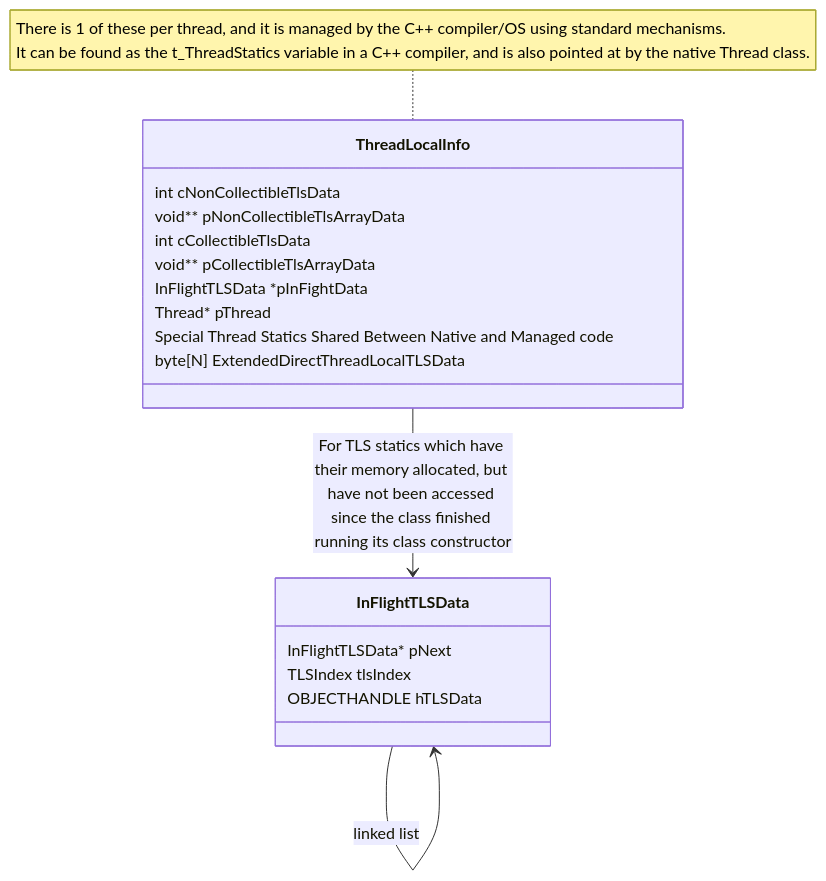
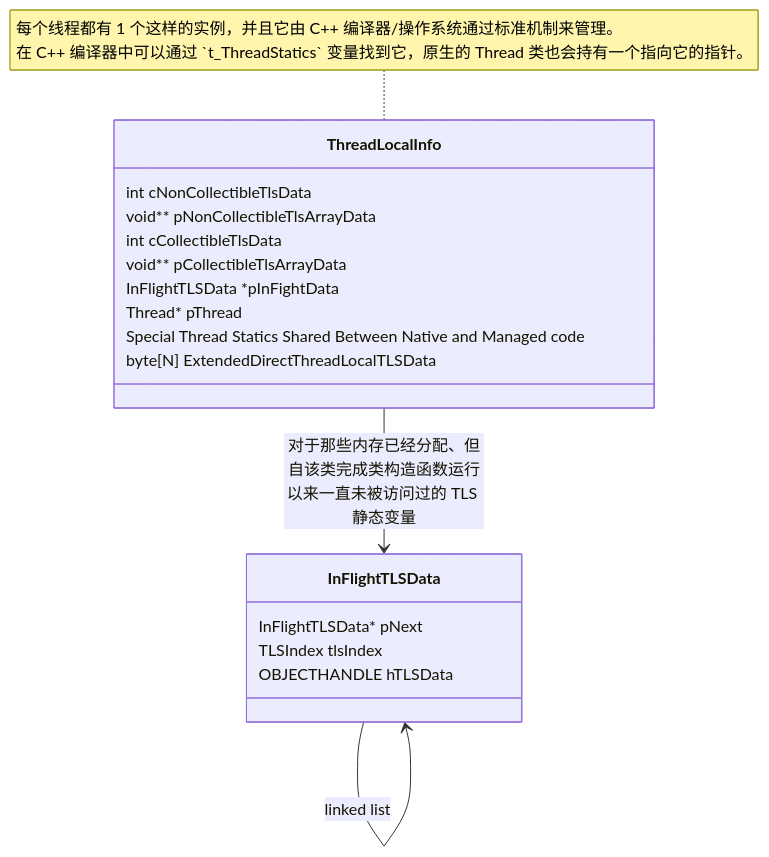
One commit to MarsonShine/Books changed the third of 3 diagrams in DotNet-Runtime-Book/docs/design/coreclr/botr/type-system_cn.md. Above: the diagram before and after it, drawn with Mermaid. The commit also changed other lines of this file and 7 other files, not shown here.

````diff
--- a/DotNet-Runtime-Book/docs/design/coreclr/botr/type-system_cn.md
+++ b/DotNet-Runtime-Book/docs/design/coreclr/botr/type-system_cn.md
@@ -254,21 +242,22 @@
 ```mermaid
 classDiagram
 
-note for ThreadLocalInfo "There is 1 of these per thread, and it is managed by the C++ compiler/OS using standard mechanisms.
-It can be found as the t_ThreadStatics variable in a C++ compiler, and is also pointed at by the native Thread class."
+note for ThreadLocalInfo "每个线程都有 1 个这样的实例，并且它由 C++ 编译器/操作系统通过标准机制来管理。
+在 C++ 编译器中可以通过 `t_ThreadStatics` 变量找到它，原生的 Thread 类也会持有一个指向它的指针。
+"
 ThreadLocalInfo : int cNonCollectibleTlsData
 ThreadLocalInfo : void** pNonCollectibleTlsArrayData
 ThreadLocalInfo : int cCollectibleTlsData
 ThreadLocalInfo : void** pCollectibleTlsArrayData
 ThreadLocalInfo : InFlightTLSData *pInFightData
 ThreadLocalInfo : Thread* pThread
 ThreadLocalInfo : Special Thread Statics Shared Between Native and Managed code
 ThreadLocalInfo : byte[N] ExtendedDirectThreadLocalTLSData
 
 InFlightTLSData : InFlightTLSData* pNext
 InFlightTLSData : TLSIndex tlsIndex
 InFlightTLSData : OBJECTHANDLE hTLSData
 
-ThreadLocalInfo --> InFlightTLSData : For TLS statics which have their memory allocated, but have not been accessed since the class finished running its class constructor
+ThreadLocalInfo --> InFlightTLSData : 对于那些内存已经分配、但自该类完成类构造函数运行以来一直未被访问过的 TLS 静态变量
 InFlightTLSData --> InFlightTLSData : linked list
 ```
````
